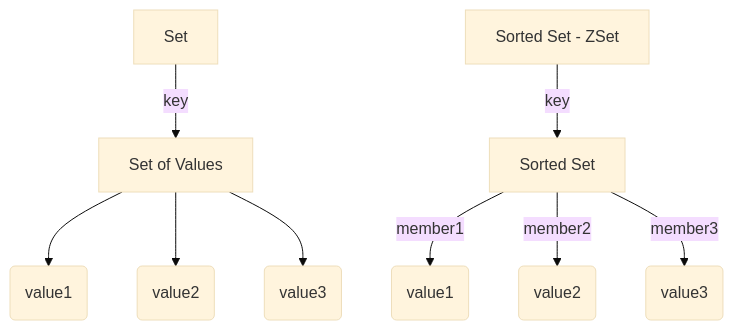
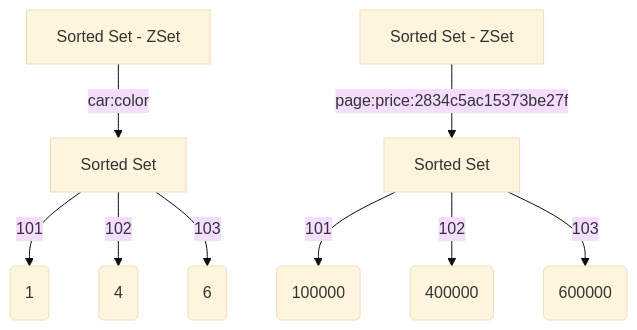
One commit to pratikgajjar/go-backend.how changed the third of 4 diagrams in content/posts/pre-owned-car-platform-with-valkey-part-2.md. Above: the diagram before and after it, drawn with Mermaid (base theme). The commit also changed other lines of this file and 1 other file, not shown here.

````diff
--- a/content/posts/pre-owned-car-platform-with-valkey-part-2.md
+++ b/content/posts/pre-owned-car-platform-with-valkey-part-2.md
@@ -266,14 +290,15 @@
 ```mermaid
+
 graph TD
-    G[Set]
-    G -->|key| H[Set of Values]
-    H --> I(value1)
-    H --> J(value2)
-    H --> K(value3)
+    L[Sorted Set - ZSet]
+    L -->|car:color| M[Sorted Set]
+    M -->|101| N(1)
+    M -->|102| O(4)
+    M -->|103| P(6)
 
-    L[Sorted Set - ZSet]
-    L -->|key| M[Sorted Set]
-    M -->|member1| N(value1)
-    M -->|member2| O(value2)
-    M -->|member3| P(value3)
+    K[Sorted Set - ZSet]
+    K -->|page:price:2834c5ac15373be27f| X[Sorted Set]
+    X -->|101| U(100000)
+    X -->|102| I(400000)
+    X -->|103| G(600000)
 ```
````
